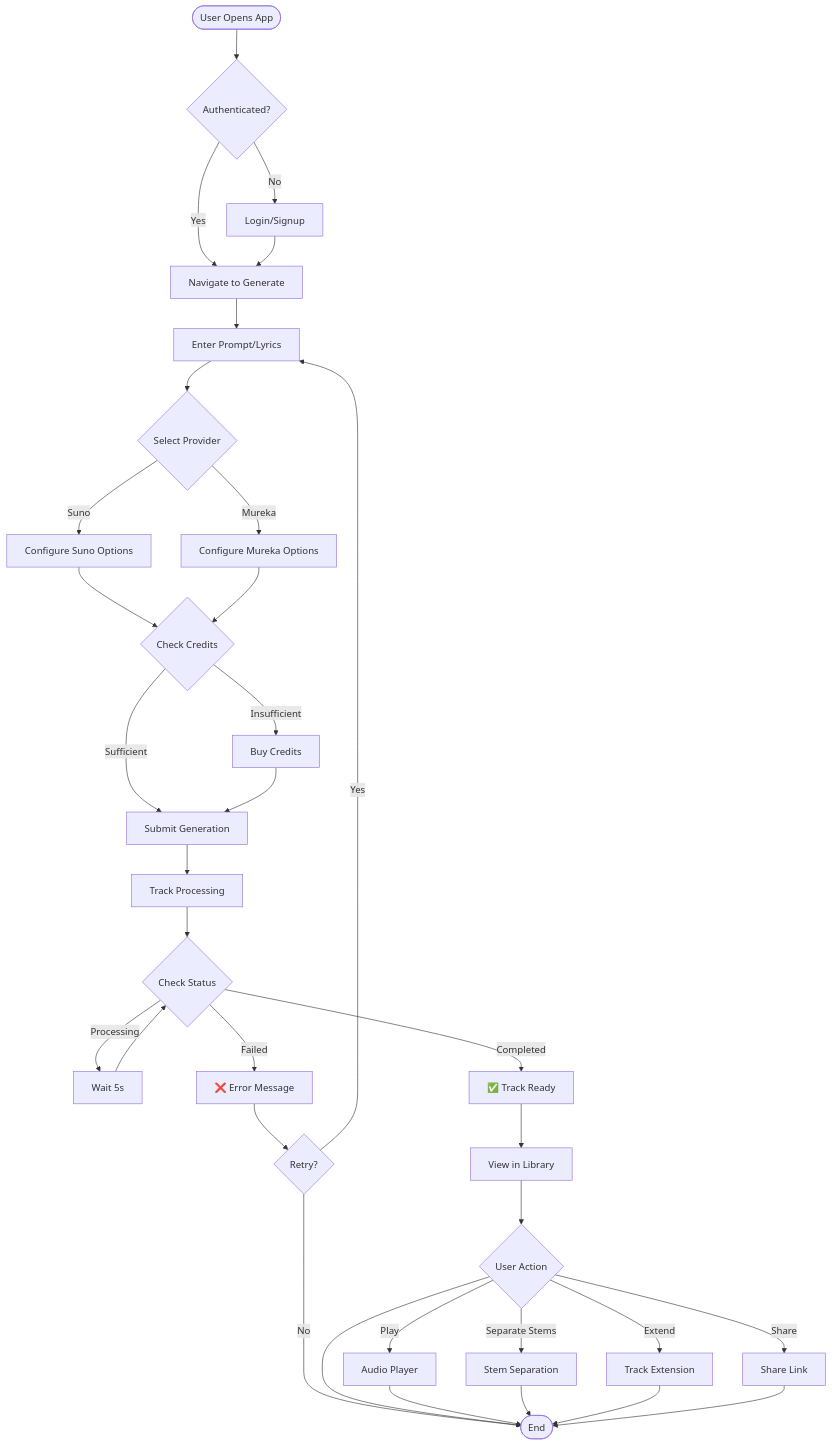
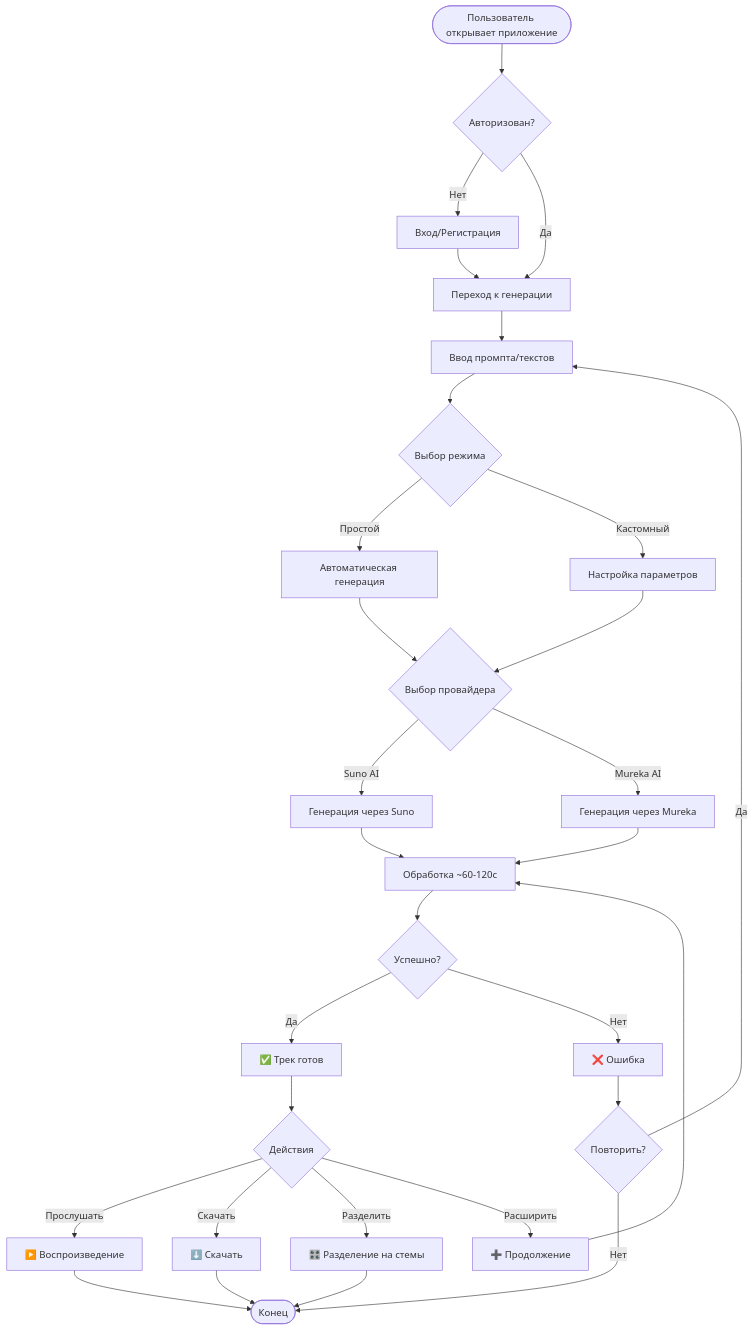
The seventh of 9 diagrams in README.md (HOW2AI-AGENCY/albert3-muse-synth-studio), drawn with Mermaid before and after one commit. The commit also changed other lines of this file, not shown here.

````diff
--- a/README.md
+++ b/README.md
@@ -493,43 +684,40 @@
 ```mermaid
 flowchart TD
-    Start([User Opens App]) --> Auth{Authenticated?}
-    Auth -->|No| Login[Login/Signup]
-    Auth -->|Yes| Gen[Navigate to Generate]
+    Start([Пользователь открывает приложение]) --> Auth{Авторизован?}
+    Auth -->|Нет| Login[Вход/Регистрация]
+    Auth -->|Да| Gen[Переход к генерации]
     Login --> Gen
     
-    Gen --> Input[Enter Prompt/Lyrics]
-    Input --> Provider{Select Provider}
-    Provider -->|Suno| SunoOpts[Configure Suno Options]
-    Provider -->|Mureka| MurekaOpts[Configure Mureka Options]
+    Gen --> Input[Ввод промпта/текстов]
+    Input --> Mode{Выбор режима}
+    Mode -->|Простой| Simple[Автоматическая генерация]
+    Mode -->|Кастомный| Custom[Настройка параметров]
     
-    SunoOpts --> Credits{Check Credits}
-    MurekaOpts --> Credits
+    Simple --> Provider{Выбор провайдера}
+    Custom --> Provider
     
-    Credits -->|Insufficient| Buy[Buy Credits]
-    Credits -->|Sufficient| Submit[Submit Generation]
-    Buy --> Submit
+    Provider -->|Suno AI| SunoGen[Генерация через Suno]
+    Provider -->|Mureka AI| MurekaGen[Генерация через Mureka]
     
-    Submit --> Process[Track Processing]
-    Process --> Poll{Check Status}
-    Poll -->|Processing| Wait[Wait 5s]
-    Wait --> Poll
-    Poll -->|Completed| Success[✅ Track Ready]
-    Poll -->|Failed| Error[❌ Error Message]
+    SunoGen --> Processing[Обработка ~60-120с]
+    MurekaGen --> Processing
     
-    Success --> Library[View in Library]
-    Error --> Retry{Retry?}
-    Retry -->|Yes| Input
-    Retry -->|No| End([End])
+    Processing --> Success{Успешно?}
+    Success -->|Да| Complete[✅ Трек готов]
+    Success -->|Нет| Error[❌ Ошибка]
     
-    Library --> Actions{User Action}
-    Actions -->|Play| Player[Audio Player]
-    Actions -->|Separate Stems| Stems[Stem Separation]
-    Actions -->|Extend| Extend[Track Extension]
-    Actions -->|Share| Share[Share Link]
-    Actions --> End
+    Complete --> Actions{Действия}
+    Actions -->|Прослушать| Play[▶️ Воспроизведение]
+    Actions -->|Скачать| Download[⬇️ Скачать]
+    Actions -->|Разделить| Stems[🎛️ Разделение на стемы]
+    Actions -->|Расширить| Extend[➕ Продолжение]
     
-    Player --> End
+    Error --> Retry{Повторить?}
+    Retry -->|Да| Input
+    Retry -->|Нет| End([Конец])
+    
+    Play --> End
+    Download --> End
     Stems --> End
-    Extend --> End
-    Share --> End
+    Extend --> Processing
 ```
````
